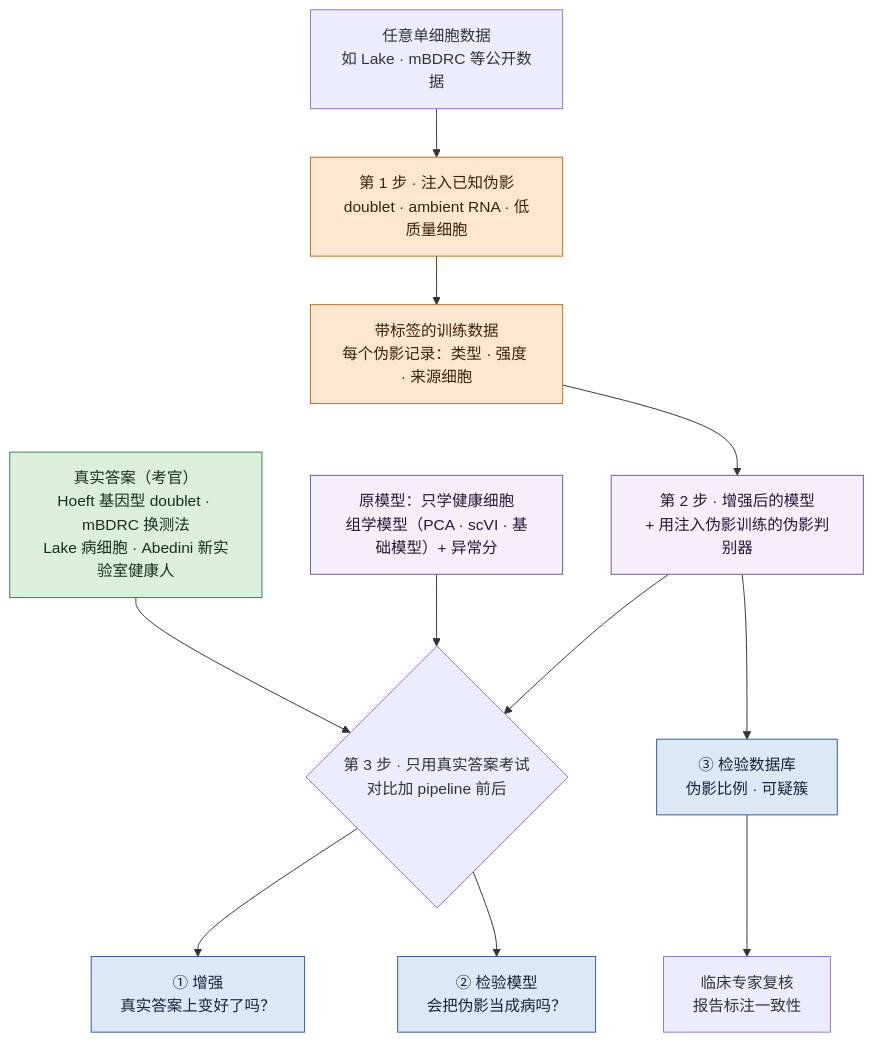
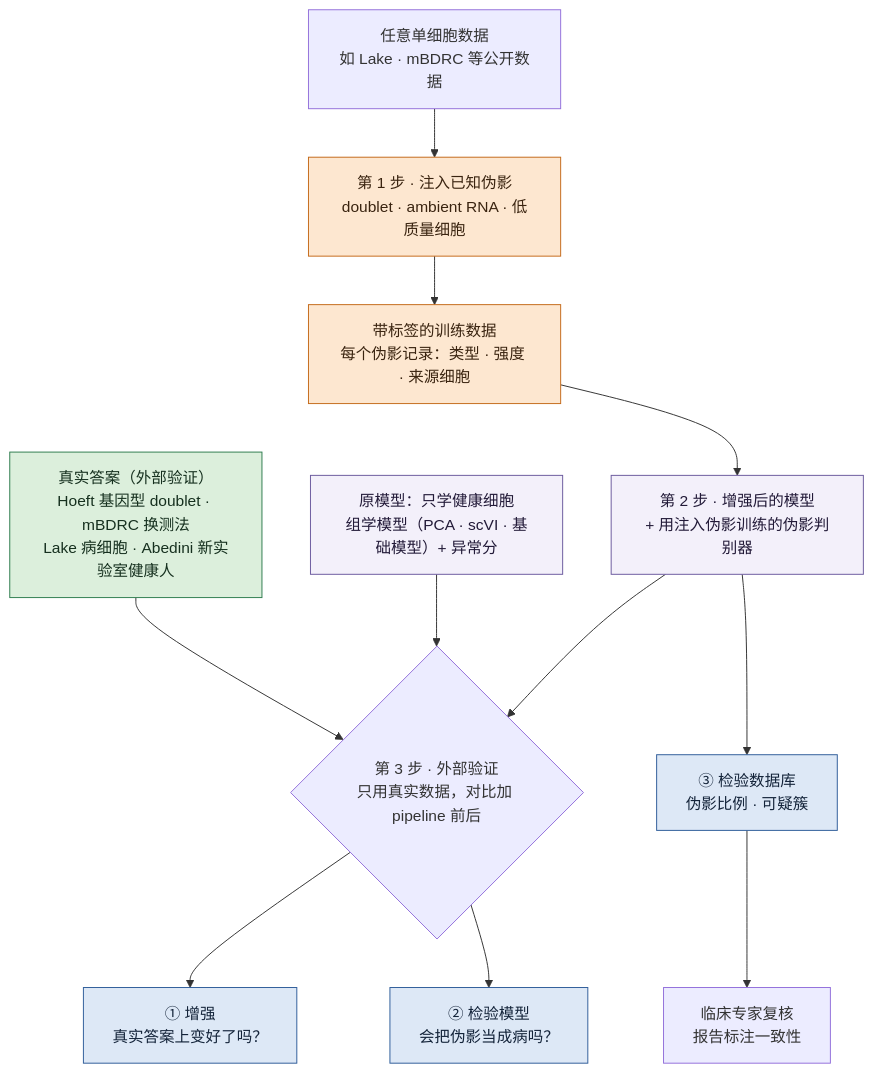
The first of 2 diagrams in docs/research/anomaly-benchmark.zh.md (jasonjin34/Medical_reading_material), drawn with Mermaid before and after one commit. The commit also changed other lines of this file and 2 other files, not shown here.

````diff
--- a/docs/research/anomaly-benchmark.zh.md
+++ b/docs/research/anomaly-benchmark.zh.md
@@ -73,23 +84,23 @@
 ```mermaid
 flowchart TB
   D["任意单细胞数据<br/>如 Lake · mBDRC 等公开数据"] --> P["第 1 步 · 注入已知伪影<br/>doublet · ambient RNA · 低质量细胞"]
   P --> L["带标签的训练数据<br/>每个伪影记录：类型 · 强度 · 来源细胞"]
-  L ~~~ R["真实答案（考官）<br/>Hoeft 基因型 doublet · mBDRC 换测法<br/>Lake 病细胞 · Abedini 新实验室健康人"]
+  L ~~~ R["真实答案（外部验证）<br/>Hoeft 基因型 doublet · mBDRC 换测法<br/>Lake 病细胞 · Abedini 新实验室健康人"]
   L ~~~ M0["原模型：只学健康细胞<br/>组学模型（PCA · scVI · 基础模型）+ 异常分"]
   L --> M1["第 2 步 · 增强后的模型<br/>+ 用注入伪影训练的伪影判别器"]
-  M0 --> C{"第 3 步 · 只用真实答案考试<br/>对比加 pipeline 前后"}
+  M0 --> C{"第 3 步 · 外部验证<br/>只用真实数据，对比加 pipeline 前后"}
   M1 --> C
   R --> C
   C --> U1["① 增强<br/>真实答案上变好了吗？"]
   C --> U2["② 检验模型<br/>会把伪影当成病吗？"]
   M1 --> U3["③ 检验数据库<br/>伪影比例 · 可疑簇"]
   U3 --> E["临床专家复核<br/>报告标注一致性"]
   classDef inj fill:#fde7d0,stroke:#c46a1a,color:#3a2410
   classDef real fill:#dcefdc,stroke:#2f7d4f,color:#16301f
   classDef use fill:#dde8f6,stroke:#2f5d9a,color:#14243a
   classDef model fill:#f3f0fa,stroke:#6b5a9e,color:#221a38
   class P,L inj
   class R real
   class U1,U2,U3 use
   class M0,M1 model
 ```
````
